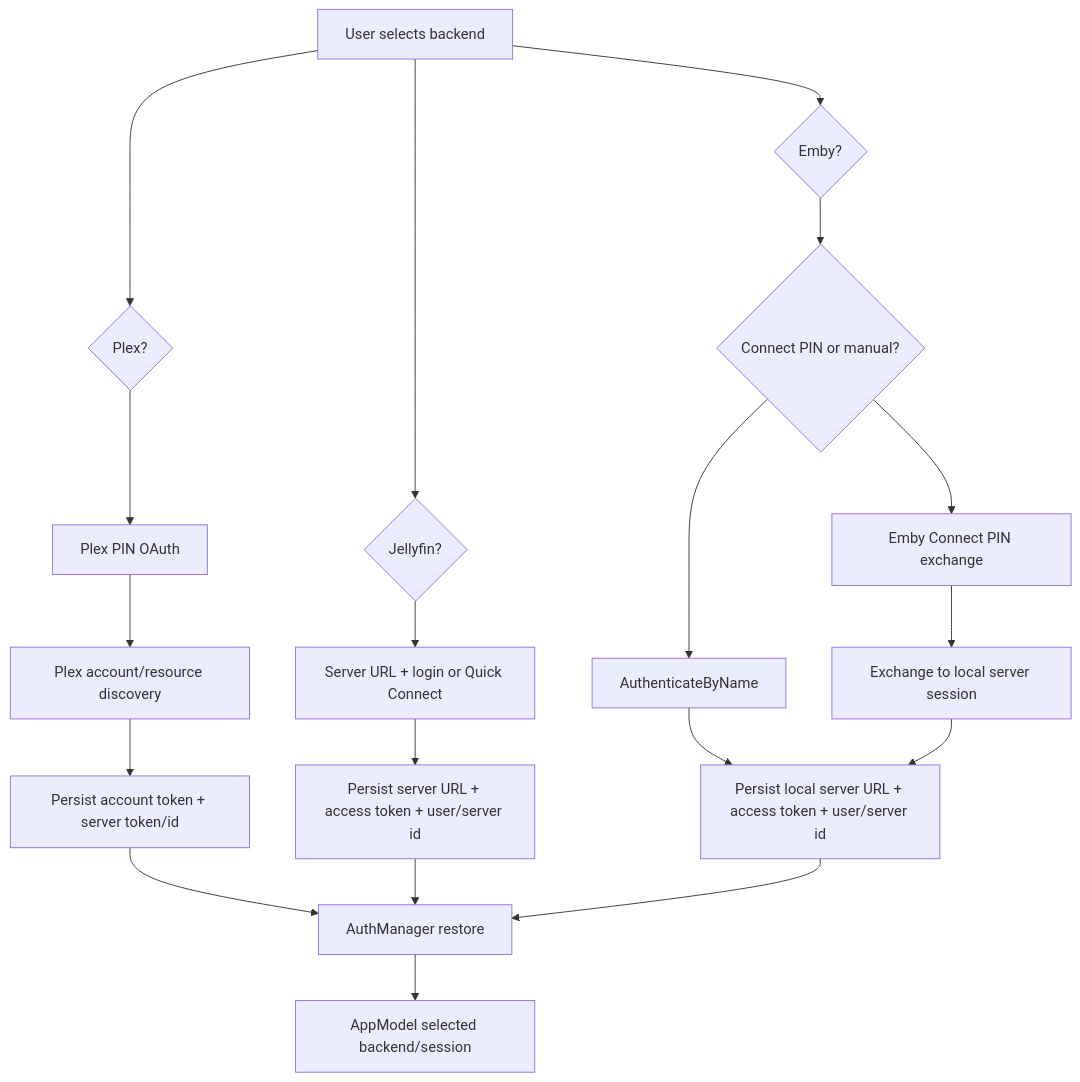
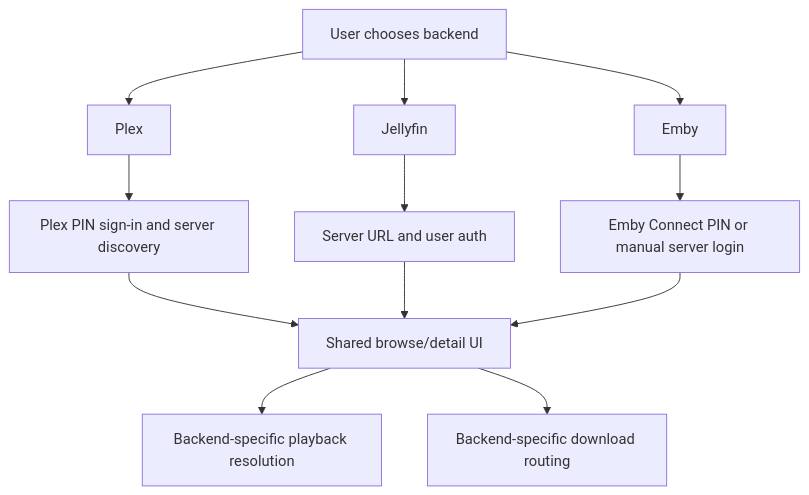
One commit to jlipworth/Labstream changed the diagram in docs/BACKENDS.md. Above: the diagram before and after it, drawn with Mermaid. The commit also changed other lines of this file and 20 other files, not shown here.

````diff
--- a/docs/BACKENDS.md
+++ b/docs/BACKENDS.md
@@ -22,25 +5,14 @@
 ```mermaid
 flowchart TD
-  User[User selects backend] --> PlexChoice{Plex?}
-  User --> JFChoice{Jellyfin?}
-  User --> EmbyChoice{Emby?}
-
-  PlexChoice --> PlexPIN[Plex PIN OAuth]
-  PlexPIN --> PlexAcct[Plex account/resource discovery]
-  PlexAcct --> PlexKeychain[Persist account token + server token/id]
-
-  JFChoice --> JFAuth[Server URL + login or Quick Connect]
-  JFAuth --> JFKeychain[Persist server URL + access token + user/server id]
-
-  EmbyChoice --> EmbyMode{Connect PIN or manual?}
-  EmbyMode --> EmbyConnect[Emby Connect PIN exchange]
-  EmbyMode --> EmbyManual[AuthenticateByName]
-  EmbyConnect --> EmbyLocal[Exchange to local server session]
-  EmbyManual --> EmbyKeychain[Persist local server URL + access token + user/server id]
-  EmbyLocal --> EmbyKeychain
-
-  PlexKeychain --> Restore[AuthManager restore]
-  JFKeychain --> Restore
-  EmbyKeychain --> Restore
-  Restore --> AppModel[AppModel selected backend/session]
+  Choice[User chooses backend] --> Plex[Plex]
+  Choice --> Jellyfin[Jellyfin]
+  Choice --> Emby[Emby]
+  Plex --> PlexAuth[Plex PIN sign-in and server discovery]
+  Jellyfin --> JFAuth[Server URL and user auth]
+  Emby --> EmbyAuth[Emby Connect PIN or manual server login]
+  PlexAuth --> Browse[Shared browse/detail UI]
+  JFAuth --> Browse
+  EmbyAuth --> Browse
+  Browse --> Playback[Backend-specific playback resolution]
+  Browse --> Downloads[Backend-specific download routing]
 ```
````
